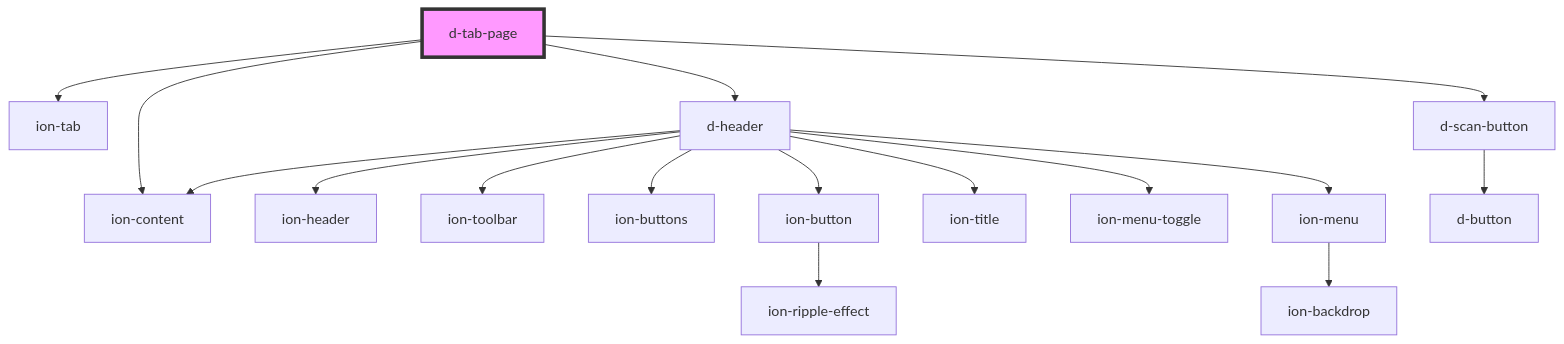
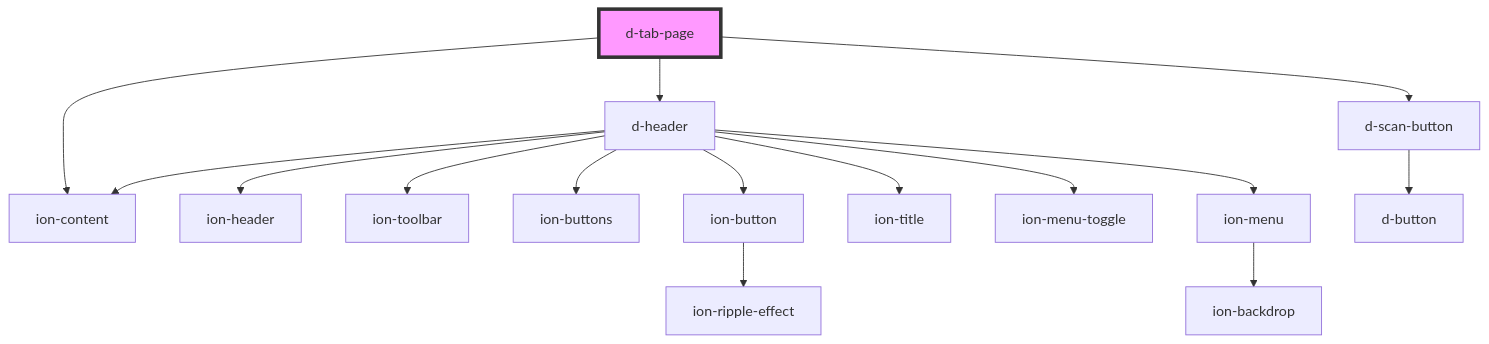
One commit to ForkbombEu/didroom-components changed the diagram in src/components/tab-page/readme.md. Above: the diagram before and after it, drawn with Mermaid. The commit also changed other lines of this file and 3 other files, not shown here.

````diff
--- a/src/components/tab-page/readme.md
+++ b/src/components/tab-page/readme.md
@@ -29,19 +28,18 @@
 ```mermaid
 graph TD;
-  d-tab-page --> ion-tab
   d-tab-page --> d-header
   d-tab-page --> ion-content
   d-tab-page --> d-scan-button
   d-header --> ion-header
   d-header --> ion-toolbar
   d-header --> ion-buttons
   d-header --> ion-button
   d-header --> ion-title
   d-header --> ion-menu-toggle
   d-header --> ion-menu
   d-header --> ion-content
   ion-button --> ion-ripple-effect
   ion-menu --> ion-backdrop
   d-scan-button --> d-button
   style d-tab-page fill:#f9f,stroke:#333,stroke-width:4px
 ```
````
